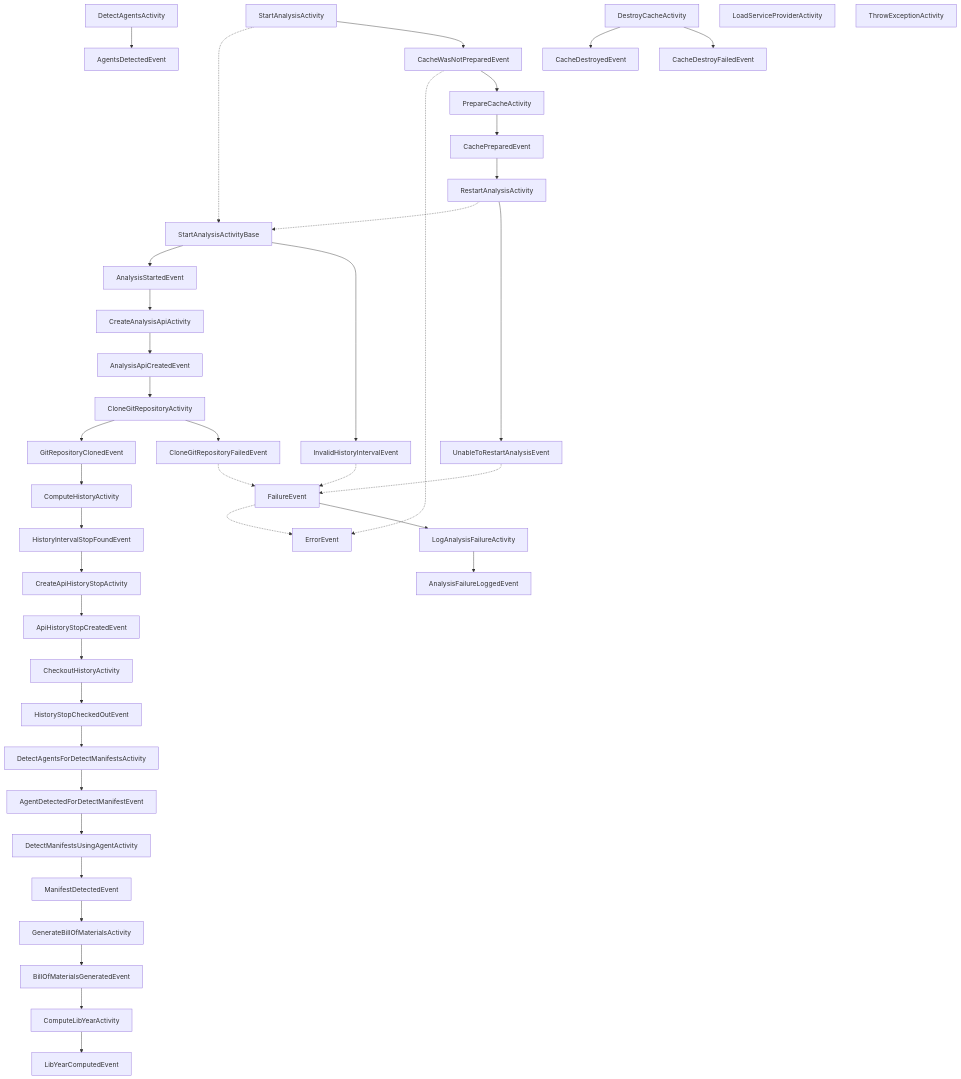
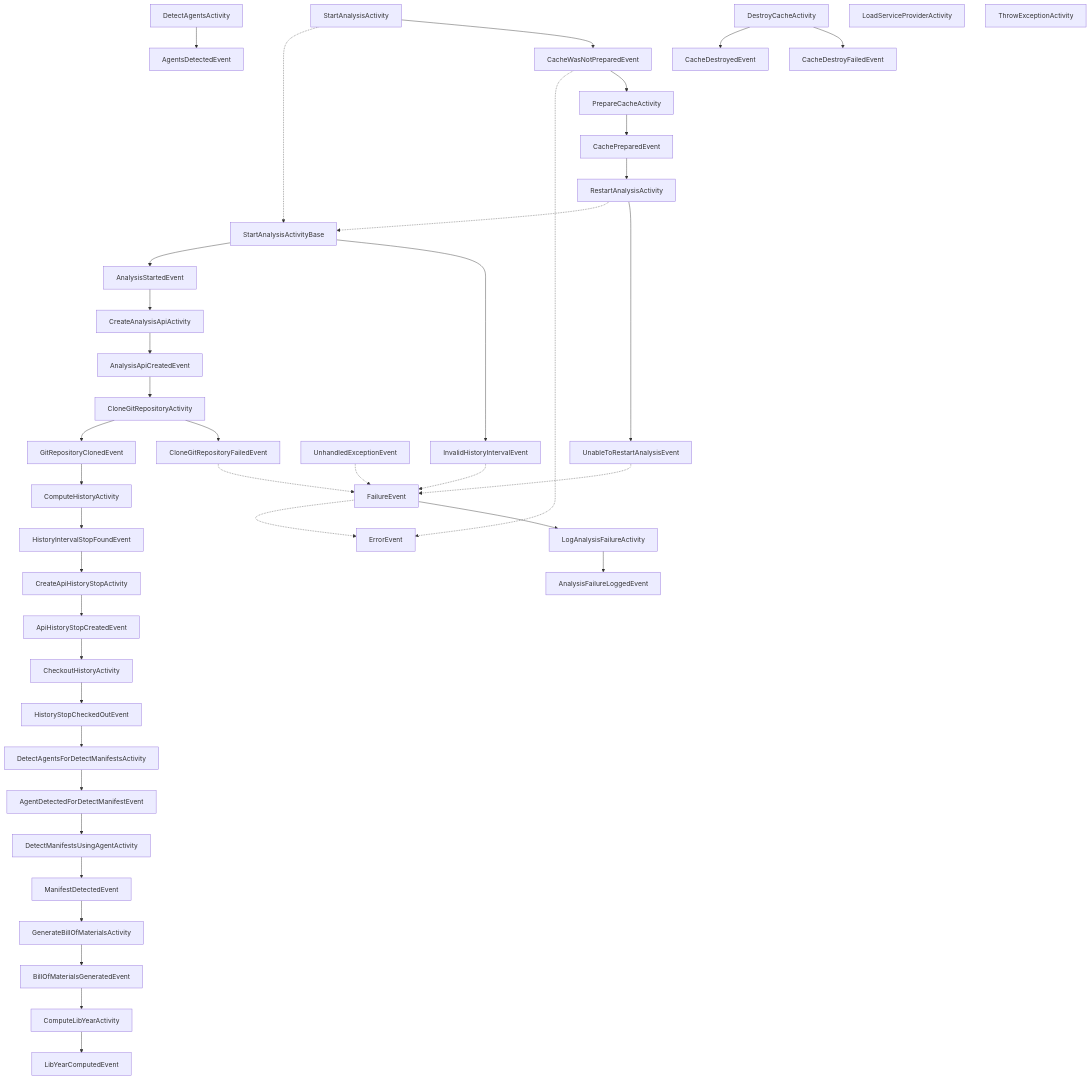
Before and after one commit to corgibytes/freshli-cli: the diagram in docs/activities-and-events.md, drawn with Mermaid.

Commit message:
Committing auto generated diagram.

````diff
--- a/docs/activities-and-events.md
+++ b/docs/activities-and-events.md
@@ -13,53 +13,55 @@
 ```mermaid
 flowchart TD;
     PrepareCacheActivity --> CachePreparedEvent
     AgentsDetectedEvent
     DetectAgentsActivity --> AgentsDetectedEvent
     AgentDetectedForDetectManifestEvent --> DetectManifestsUsingAgentActivity
     AnalysisFailureLoggedEvent
     AnalysisStartedEvent --> CreateAnalysisApiActivity
     CacheWasNotPreparedEvent -.-> ErrorEvent
     CacheWasNotPreparedEvent --> PrepareCacheActivity
     DetectAgentsForDetectManifestsActivity --> AgentDetectedForDetectManifestEvent
     DetectManifestsUsingAgentActivity --> ManifestDetectedEvent
     ErrorEvent
     FailureEvent -.-> ErrorEvent
     FailureEvent --> LogAnalysisFailureActivity
     InvalidHistoryIntervalEvent -.-> FailureEvent
     InvalidHistoryIntervalEvent
     LogAnalysisFailureActivity --> AnalysisFailureLoggedEvent
     ManifestDetectedEvent --> GenerateBillOfMaterialsActivity
     RestartAnalysisActivity -.-> StartAnalysisActivityBase
     RestartAnalysisActivity --> UnableToRestartAnalysisEvent
     StartAnalysisActivity -.-> StartAnalysisActivityBase
     StartAnalysisActivity --> CacheWasNotPreparedEvent
     StartAnalysisActivityBase --> AnalysisStartedEvent
     StartAnalysisActivityBase --> InvalidHistoryIntervalEvent
     UnableToRestartAnalysisEvent -.-> FailureEvent
     UnableToRestartAnalysisEvent
+    UnhandledExceptionEvent -.-> FailureEvent
+    UnhandledExceptionEvent
     BillOfMaterialsGeneratedEvent --> ComputeLibYearActivity
     GenerateBillOfMaterialsActivity --> BillOfMaterialsGeneratedEvent
     CacheDestroyedEvent
     CacheDestroyFailedEvent
     DestroyCacheActivity --> CacheDestroyedEvent
     DestroyCacheActivity --> CacheDestroyFailedEvent
     CachePreparedEvent --> RestartAnalysisActivity
     ComputeLibYearActivity --> LibYearComputedEvent
     AnalysisApiCreatedEvent --> CloneGitRepositoryActivity
     ApiHistoryStopCreatedEvent --> CheckoutHistoryActivity
     CreateAnalysisApiActivity --> AnalysisApiCreatedEvent
     CreateApiHistoryStopActivity --> ApiHistoryStopCreatedEvent
     CloneGitRepositoryActivity --> GitRepositoryClonedEvent
     CloneGitRepositoryActivity --> CloneGitRepositoryFailedEvent
     CloneGitRepositoryFailedEvent -.-> FailureEvent
     CloneGitRepositoryFailedEvent
     GitRepositoryClonedEvent --> ComputeHistoryActivity
     CheckoutHistoryActivity --> HistoryStopCheckedOutEvent
     ComputeHistoryActivity --> HistoryIntervalStopFoundEvent
     HistoryIntervalStopFoundEvent --> CreateApiHistoryStopActivity
     HistoryStopCheckedOutEvent --> DetectAgentsForDetectManifestsActivity
     LibYearComputedEvent
     LoadServiceProviderActivity
     ThrowExceptionActivity
 
 ```
````
